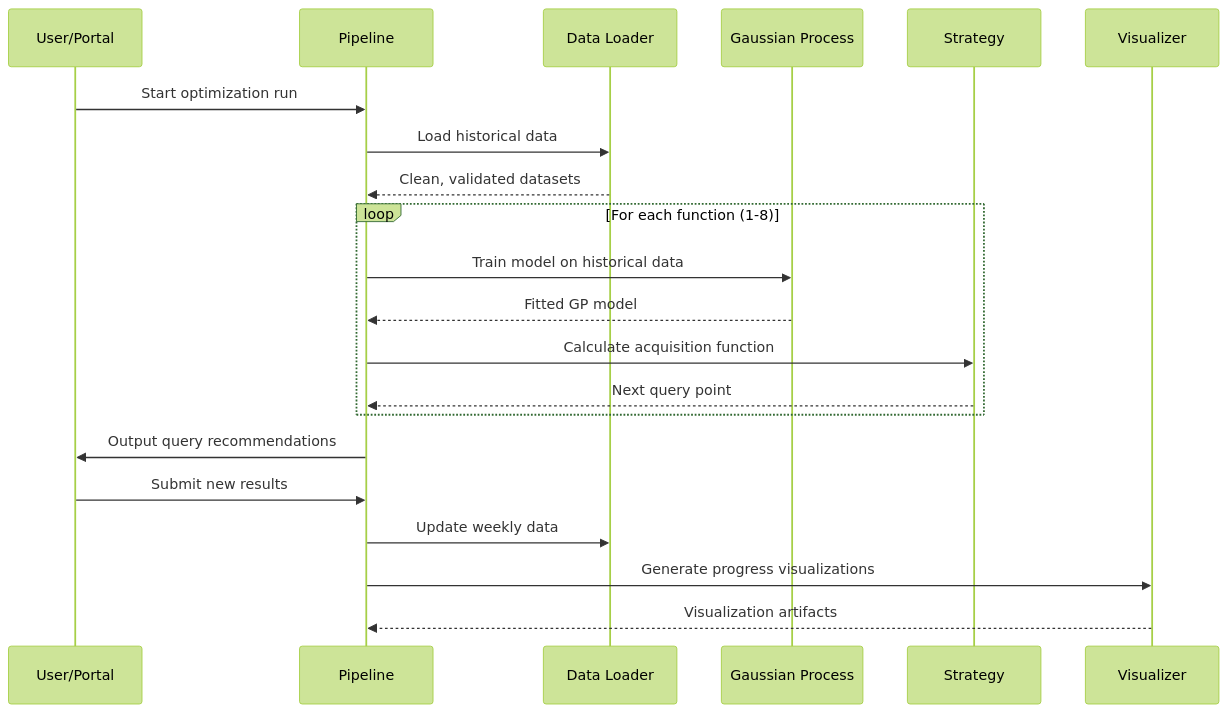
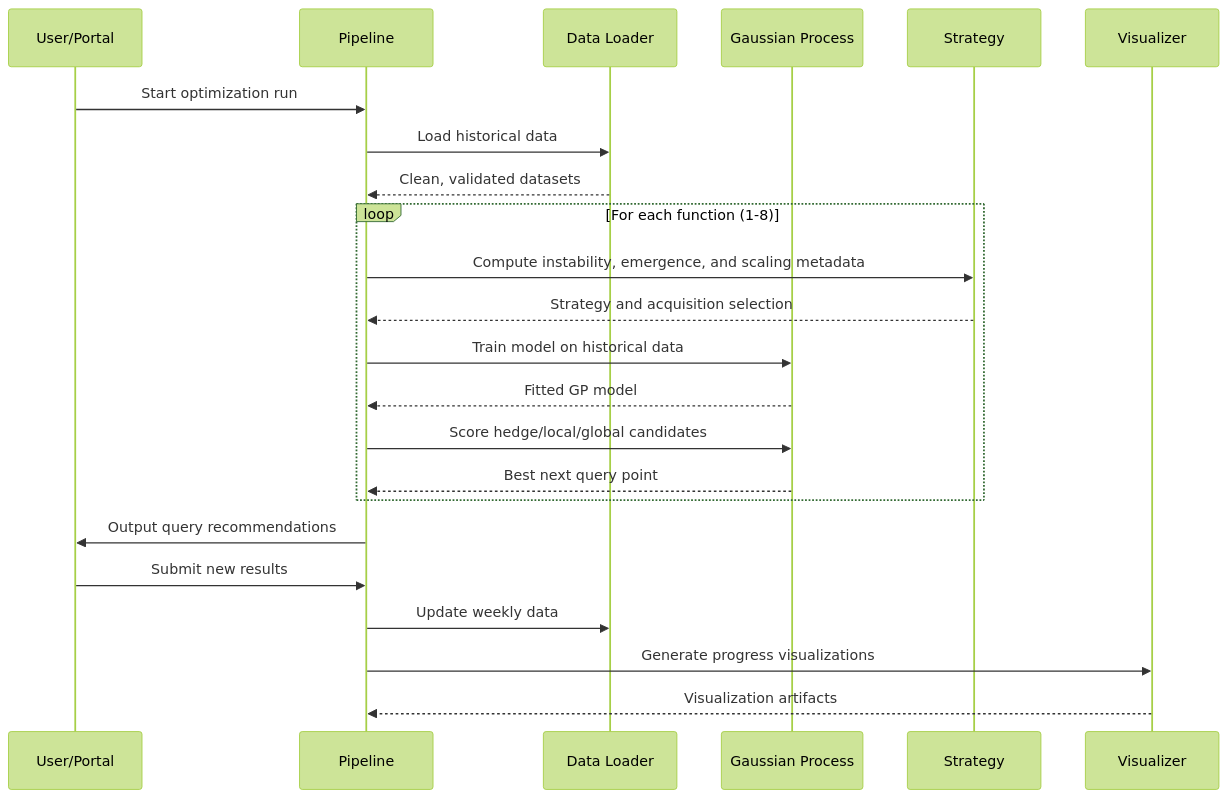
The fourth of 5 diagrams in docs/architecture.md (prasangasam/ml-ai-capstone-project), drawn with Mermaid (forest theme) before and after one commit. The commit also changed other lines of this file and 7 other files, not shown here.

First line of the commit message:
Add Week9 emergence/scaling and parsing fixes

````diff
--- a/docs/architecture.md
+++ b/docs/architecture.md
@@ -108,26 +112,28 @@
 ```mermaid
 sequenceDiagram
     participant U as User/Portal
     participant P as Pipeline
     participant D as Data Loader
     participant GP as Gaussian Process
     participant S as Strategy
     participant V as Visualizer
     
     U->>P: Start optimization run
     P->>D: Load historical data
     D-->>P: Clean, validated datasets
     
     loop For each function (1-8)
+        P->>S: Compute instability, emergence, and scaling metadata
+        S-->>P: Strategy and acquisition selection
         P->>GP: Train model on historical data
         GP-->>P: Fitted GP model
-        P->>S: Calculate acquisition function
-        S-->>P: Next query point
+        P->>GP: Score hedge/local/global candidates
+        GP-->>P: Best next query point
     end
     
     P->>U: Output query recommendations
     U->>P: Submit new results
     P->>D: Update weekly data
     P->>V: Generate progress visualizations
     V-->>P: Visualization artifacts
 ```
````
